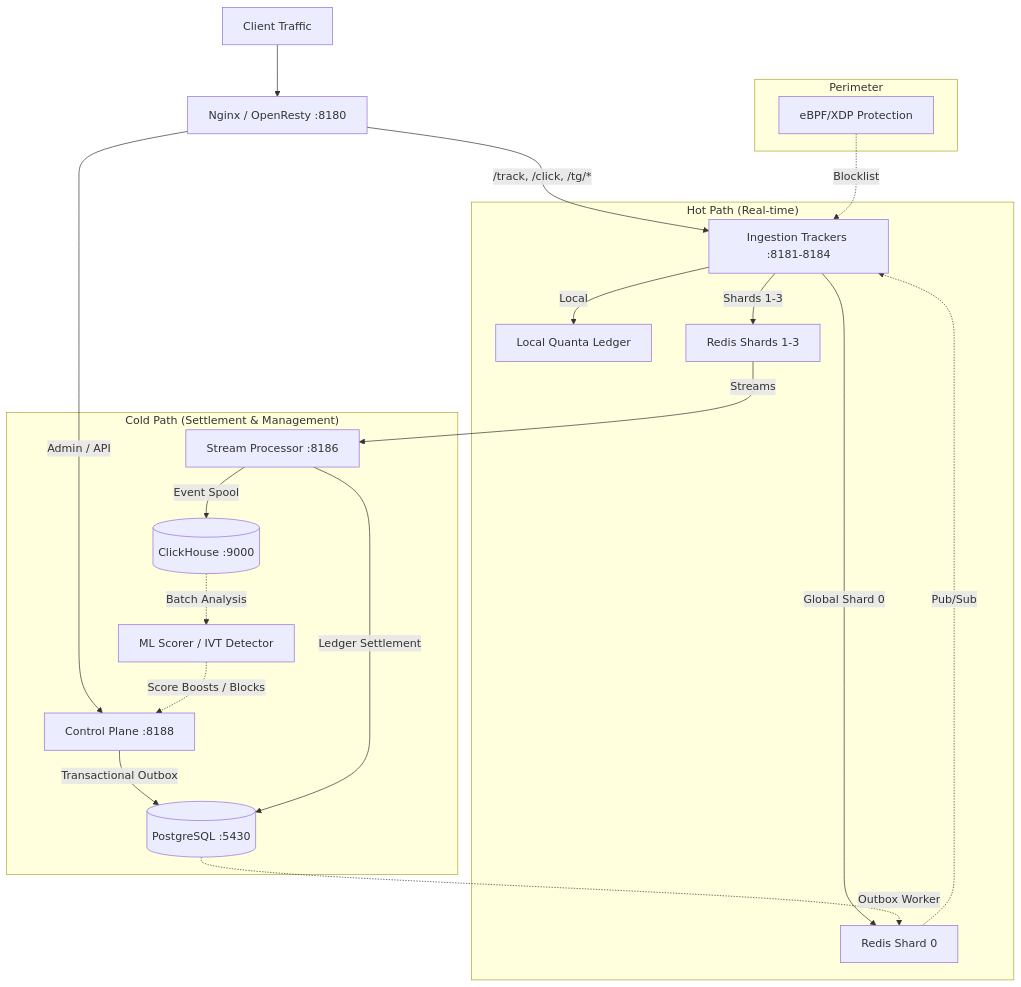
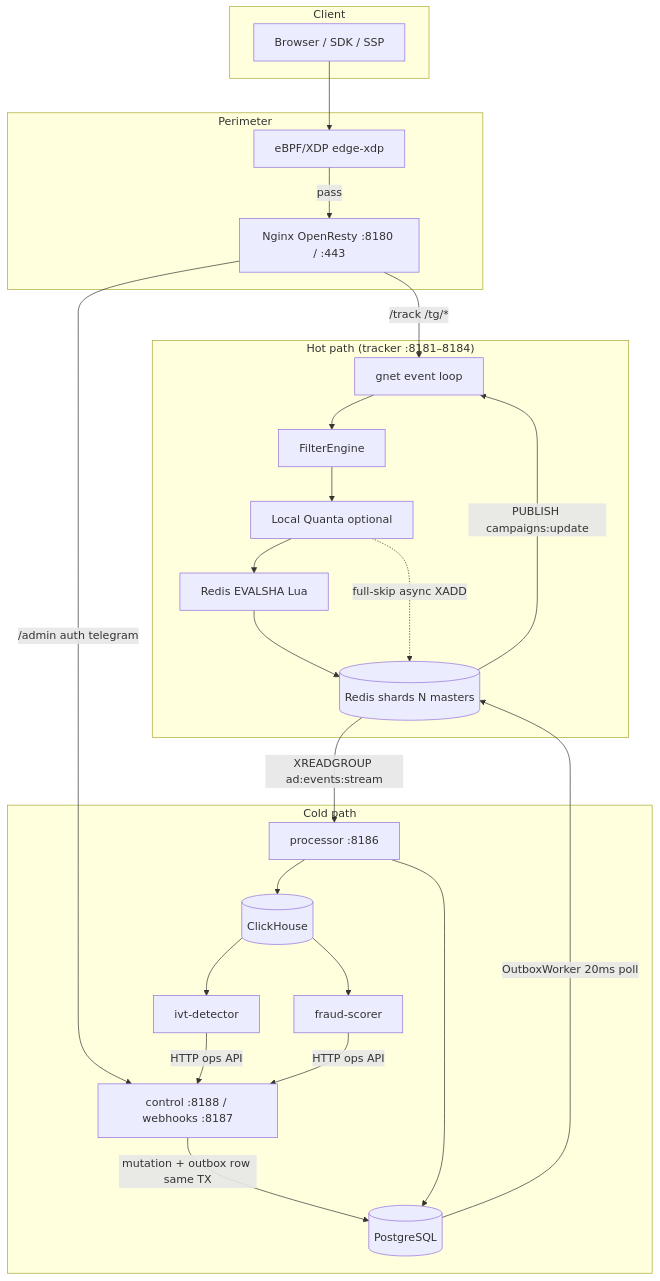
One commit to mykhailov-ua/ad-event-processor changed the first of 5 diagrams in docs/ARCHITECTURE.md. Above: the diagram before and after it, drawn with Mermaid. The commit also changed other lines of this file and 82 other files, not shown here.

````diff
--- a/docs/ARCHITECTURE.md
+++ b/docs/ARCHITECTURE.md
@@ -11,29 +9,52 @@
 ```mermaid
-graph TD
-    Client[Client Traffic] --> Nginx[Nginx / OpenResty :8180]
-    Nginx -->|/track, /click, /tg/*| Tracker[Ingestion Trackers :8181-8184]
-    Nginx -->|Admin / API| Control[Control Plane :8188]
-
-    subgraph "Hot Path (Real-time)"
-        Tracker -->|Local| Quanta[Local Quanta Ledger]
-        Tracker -->|Global Shard 0| Redis0[Redis Shard 0]
-        Tracker -->|Shards 1-3| RedisN[Redis Shards 1-3]
-        Redis0 -.->|Pub/Sub| Tracker
+flowchart TB
+    subgraph Client
+        C[Browser / SDK / SSP]
     end
 
-    subgraph "Cold Path (Settlement & Management)"
-        Control -->|Transactional Outbox| PG[(PostgreSQL :5430)]
-        PG -.->|Outbox Worker| Redis0
-        
-        RedisN -->|Streams| Processor[Stream Processor :8186]
-        Processor -->|Ledger Settlement| PG
-        Processor -->|Event Spool| CH[(ClickHouse :9000)]
-        
-        CH -.->|Batch Analysis| Scorer[ML Scorer / IVT Detector]
-        Scorer -.->|Score Boosts / Blocks| Control
+    subgraph Perimeter
+        XDP[eBPF/XDP edge-xdp]
+        NGX[Nginx OpenResty :8180 / :443]
     end
 
-    subgraph "Perimeter"
-        XDP[eBPF/XDP Protection] -.->|Blocklist| Tracker
+    subgraph HotPath["Hot path (tracker :8181–8184)"]
+        GNET[gnet event loop]
+        FE[FilterEngine]
+        LUA[Redis EVALSHA Lua]
+        LQ[Local Quanta optional]
+        RS[(Redis shards N masters)]
     end
+
+    subgraph ColdPath["Cold path"]
+        CTRL[control :8188 / webhooks :8187]
+        PG[(PostgreSQL)]
+        PROC[processor :8186]
+        CH[(ClickHouse)]
+        IVT[ivt-detector]
+        FS[fraud-scorer]
+    end
+
+    C --> XDP
+    XDP -->|pass| NGX
+    NGX -->|/track /tg/*| GNET
+    NGX -->|/admin auth telegram| CTRL
+
+    GNET --> FE
+    FE --> LQ
+    LQ --> LUA
+    LUA --> RS
+    LQ -.->|full-skip async XADD| RS
+
+    CTRL -->|mutation + outbox row same TX| PG
+    PG -->|OutboxWorker 20ms poll| RS
+    RS -->|PUBLISH campaigns:update| GNET
+
+    RS -->|XREADGROUP ad:events:stream| PROC
+    PROC --> PG
+    PROC --> CH
+
+    CH --> IVT
+    CH --> FS
+    IVT -->|HTTP ops API| CTRL
+    FS -->|HTTP ops API| CTRL
 ```
````
